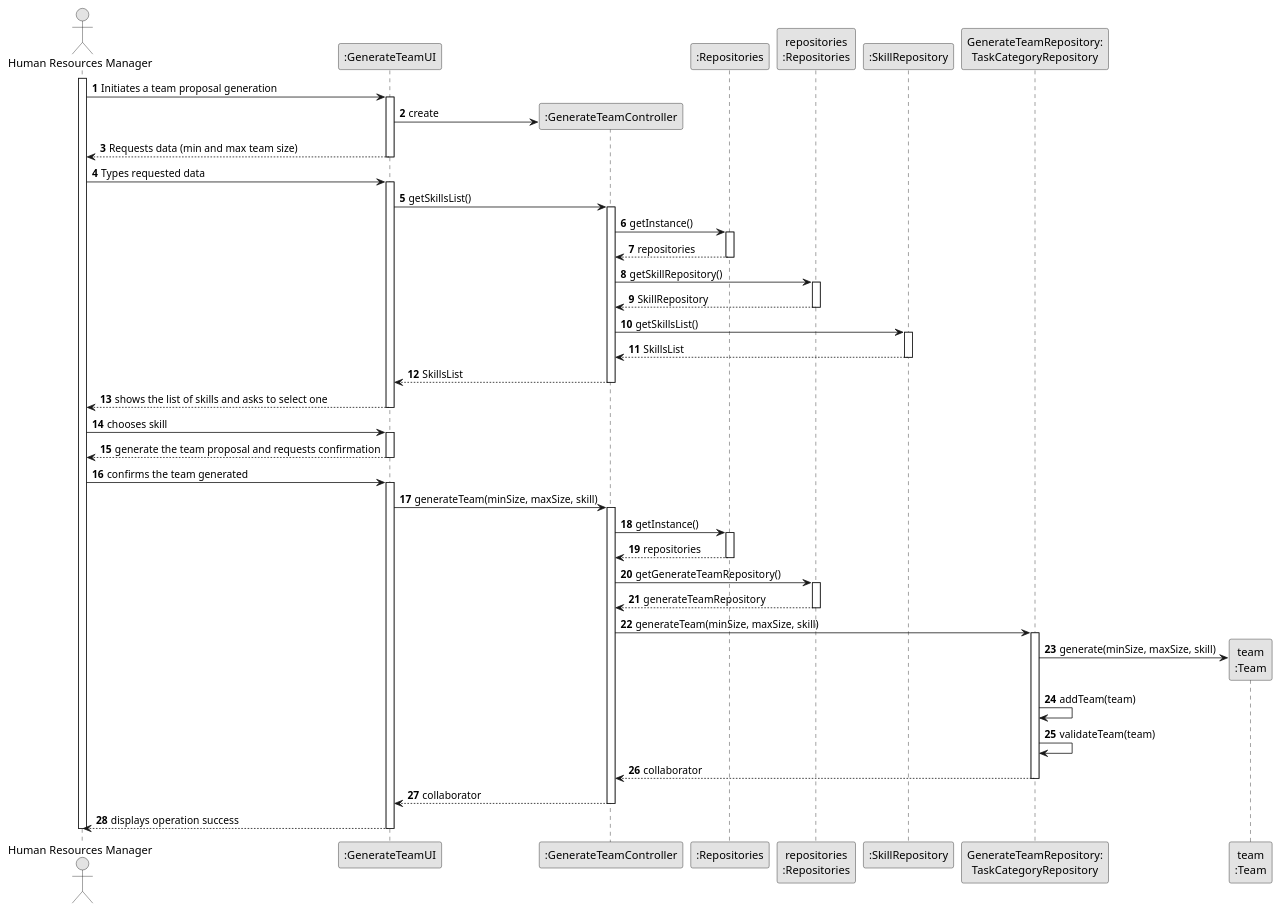
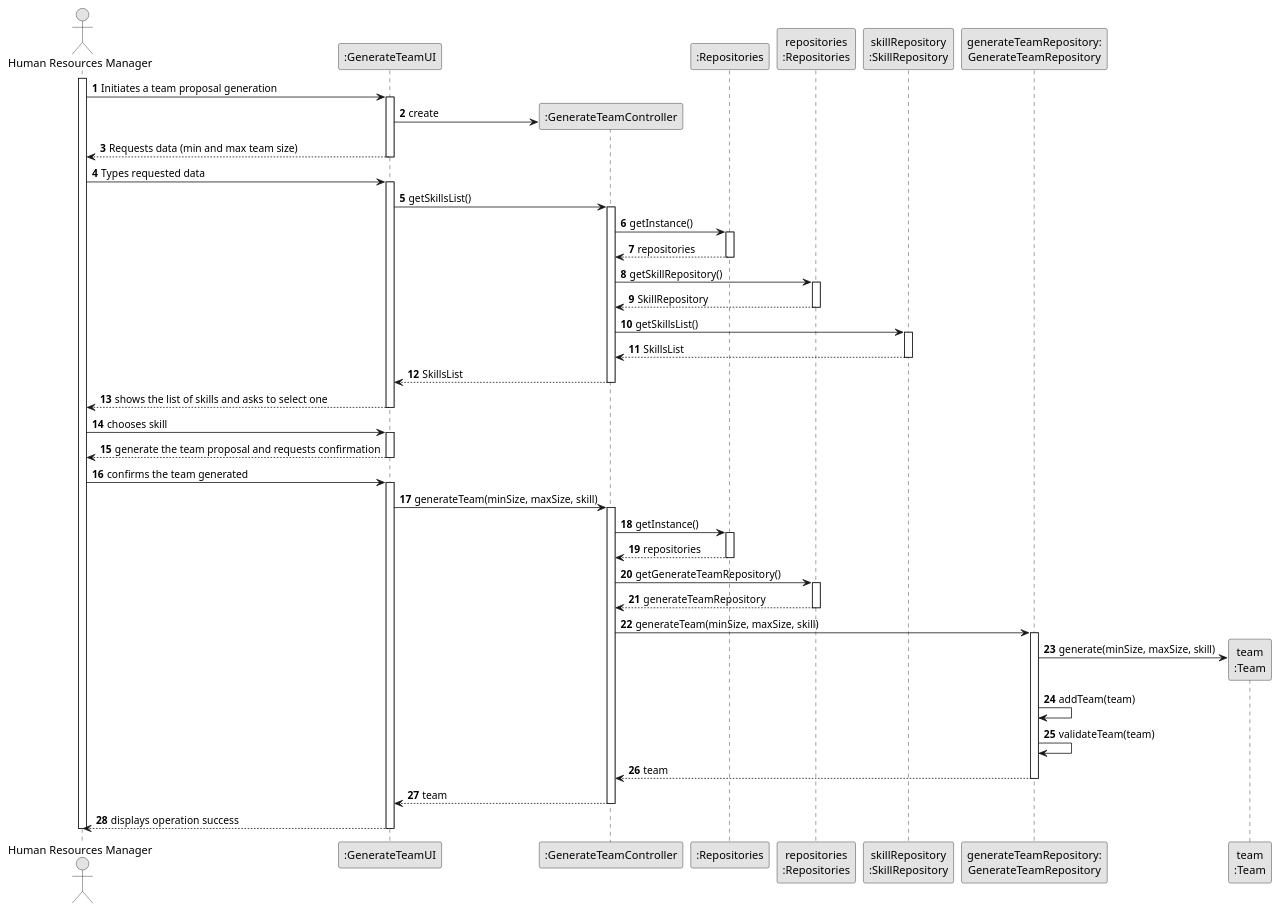
One commit to daniel41silva05/ISEP_2023_2024_LAPR2 changed the diagram in docs/sprintA&B/us005/03.design/puml/us005-sequence-diagram-full.puml. Above: the diagram before and after it, drawn with PlantUML. The commit also changed 3 other files, not shown here.

```diff
--- a/docs/sprintA&B/us005/03.design/puml/us005-sequence-diagram-full.puml
+++ b/docs/sprintA&B/us005/03.design/puml/us005-sequence-diagram-full.puml
@@ -1,103 +1,103 @@
 @startuml
 skinparam monochrome true
 skinparam packageStyle rectangle
 skinparam shadowing false
 
 autonumber
 
 'hide footbox
 actor "Human Resources Manager" as HRM
 participant ":GenerateTeamUI" as UI
 participant ":GenerateTeamController" as CTRL
 participant ":Repositories" as REP
 participant "repositories\n:Repositories" as REPS
-participant ":SkillRepository" as SREP
-participant "GenerateTeamRepository:\nTaskCategoryRepository" as GTREP
+participant "skillRepository\n:SkillRepository" as SREP
+participant "generateTeamRepository:\nGenerateTeamRepository" as GTREP
 participant "team\n:Team" as T
 
 
 activate HRM
 
     HRM -> UI : Initiates a team proposal generation
     activate UI
 
         UI -> CTRL** : create
 
     UI --> HRM : Requests data (min and max team size)
     deactivate UI
 
     HRM -> UI : Types requested data
     activate UI
 
         UI -> CTRL : getSkillsList()
         activate CTRL
 
             CTRL -> REP : getInstance()
             activate REP
 
             REP --> CTRL: repositories
             deactivate REP
 
             CTRL -> REPS : getSkillRepository()
             activate REPS
 
             REPS --> CTRL: SkillRepository
             deactivate REPS
 
             CTRL -> SREP: getSkillsList()
             activate SREP
 
             SREP --> CTRL : SkillsList
             deactivate SREP
 
             CTRL --> UI : SkillsList
             deactivate CTRL
 
     UI --> HRM : shows the list of skills and asks to select one
     deactivate UI
 
     HRM -> UI : chooses skill
     activate UI
 
     UI --> HRM : generate the team proposal and requests confirmation
     deactivate UI
 
     HRM -> UI : confirms the team generated
     activate UI
 
         UI -> CTRL: generateTeam(minSize, maxSize, skill)
         activate CTRL
 
             CTRL -> REP: getInstance()
             activate REP
 
             REP --> CTRL: repositories
             deactivate REP
 
             CTRL -> REPS: getGenerateTeamRepository()
             activate REPS
 
             REPS --> CTRL: generateTeamRepository
             deactivate REPS
 
             CTRL -> GTREP: generateTeam(minSize, maxSize, skill)
             activate GTREP
 
                 GTREP -> T** : generate(minSize, maxSize, skill)
 
                 GTREP -> GTREP: addTeam(team)
 
                 GTREP -> GTREP: validateTeam(team)
 
-            GTREP --> CTRL: collaborator
+            GTREP --> CTRL: team
             deactivate GTREP
 
-        CTRL --> UI: collaborator
+        CTRL --> UI: team
         deactivate CTRL
 
     UI --> HRM: displays operation success
     deactivate UI
 
 deactivate HRM
 
 @enduml
```
